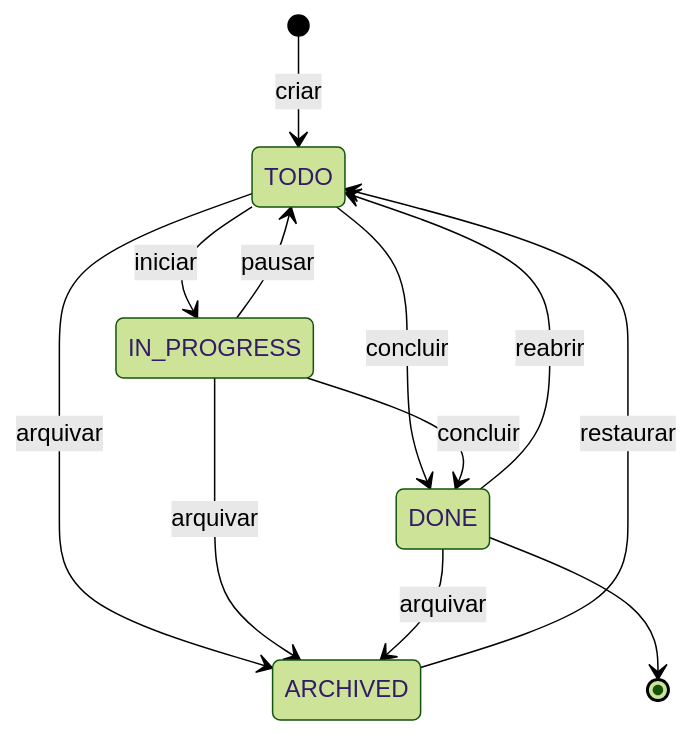
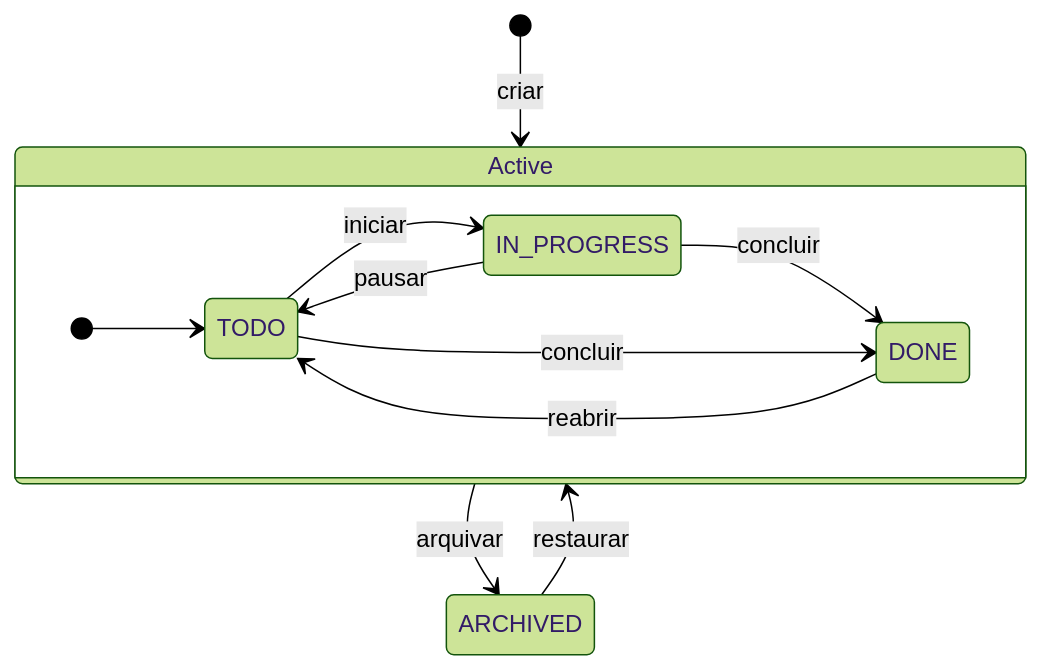
Before and after one commit to felipefontoura/spec-driven-development-book: the ninth of 15 diagrams in BOOK.pt-BR.md, drawn with Mermaid (forest theme). The commit also changed other lines of this file and 1 other file, not shown here.

````diff
--- a/BOOK.pt-BR.md
+++ b/BOOK.pt-BR.md
@@ -1940,14 +1903,18 @@
 ```mermaid
 stateDiagram-v2
-    [*] --> TODO: criar
-    TODO --> IN_PROGRESS: iniciar
-    TODO --> DONE: concluir
-    IN_PROGRESS --> TODO: pausar
-    IN_PROGRESS --> DONE: concluir
-    DONE --> TODO: reabrir
-    TODO --> ARCHIVED: arquivar
-    IN_PROGRESS --> ARCHIVED: arquivar
-    DONE --> ARCHIVED: arquivar
-    ARCHIVED --> TODO: restaurar
-    DONE --> [*]
+    [*] --> Active: criar
+    state Active {
+        direction LR
+        [*] --> TODO
+        TODO --> IN_PROGRESS: iniciar
+        IN_PROGRESS --> TODO: pausar
+        IN_PROGRESS --> DONE: concluir
+        TODO --> DONE: concluir
+        DONE --> TODO: reabrir
+    }
+    Active --> ARCHIVED: arquivar
+    ARCHIVED --> Active: restaurar
+
+    class DONE accent
+    class ARCHIVED muted
 ```
````
